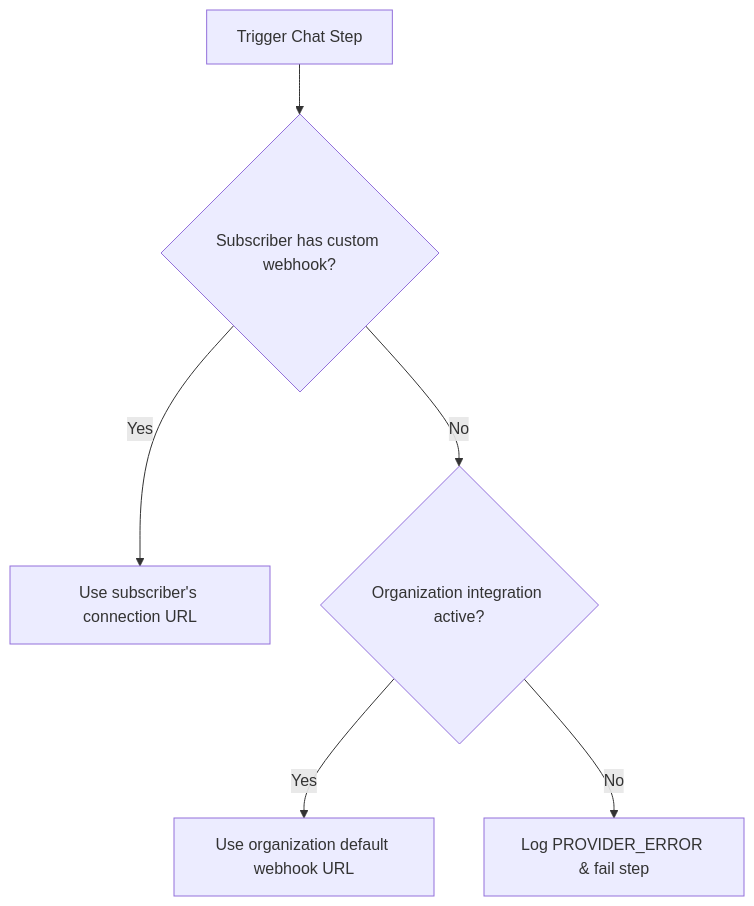
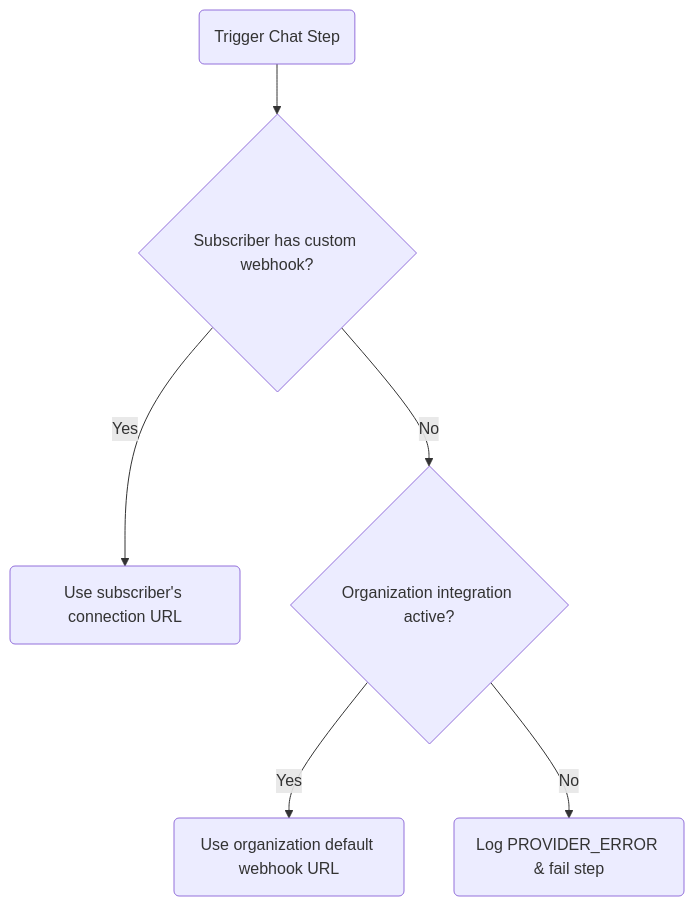
The diagram in content/docs/en/platform/integrations/messaging-channels.mdx (KriyanshKhunt/nexus_docs), drawn with Mermaid before and after one commit. The commit also changed 25 other files, not shown here.

Commit message:
Handle en Mermaid charts

````diff
--- a/content/docs/en/platform/integrations/messaging-channels.mdx
+++ b/content/docs/en/platform/integrations/messaging-channels.mdx
@@ -17,8 +17,8 @@
 ```mermaid
 flowchart TD
-  Trigger[Trigger Chat Step] --> Sub{Subscriber has custom webhook?}
-  Sub -->|Yes| Custom[Use subscriber's connection URL]
+  Trigger(Trigger Chat Step) --> Sub{Subscriber has custom webhook?}
+  Sub -->|Yes| Custom(Use subscriber's connection URL)
   Sub -->|No| Fallback{Organization integration active?}
-  Fallback -->|Yes| Default[Use organization default webhook URL]
-  Fallback -->|No| Fail[Log PROVIDER_ERROR & fail step]
+  Fallback -->|Yes| Default(Use organization default webhook URL)
+  Fallback -->|No| Fail(Log PROVIDER_ERROR & fail step)
 ```
````
